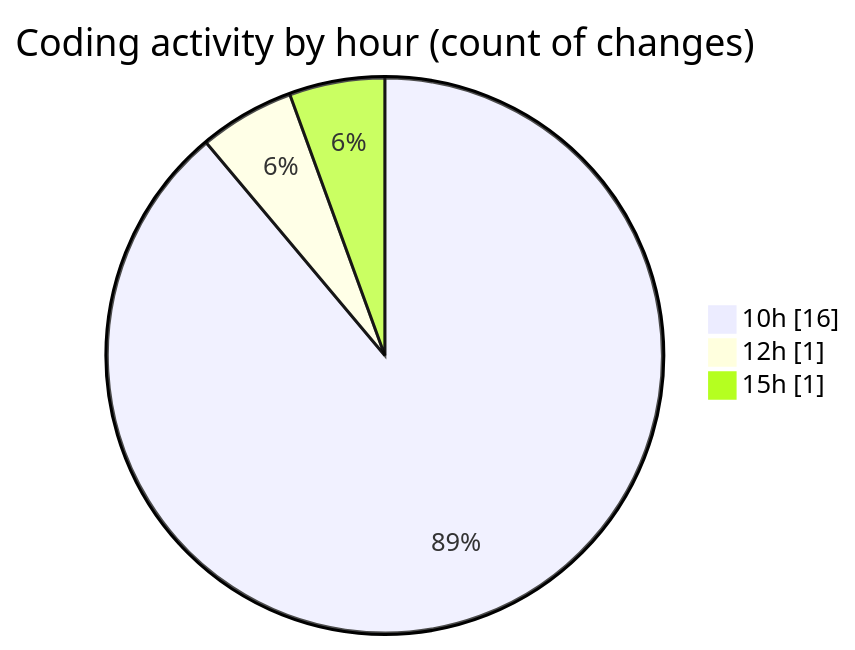
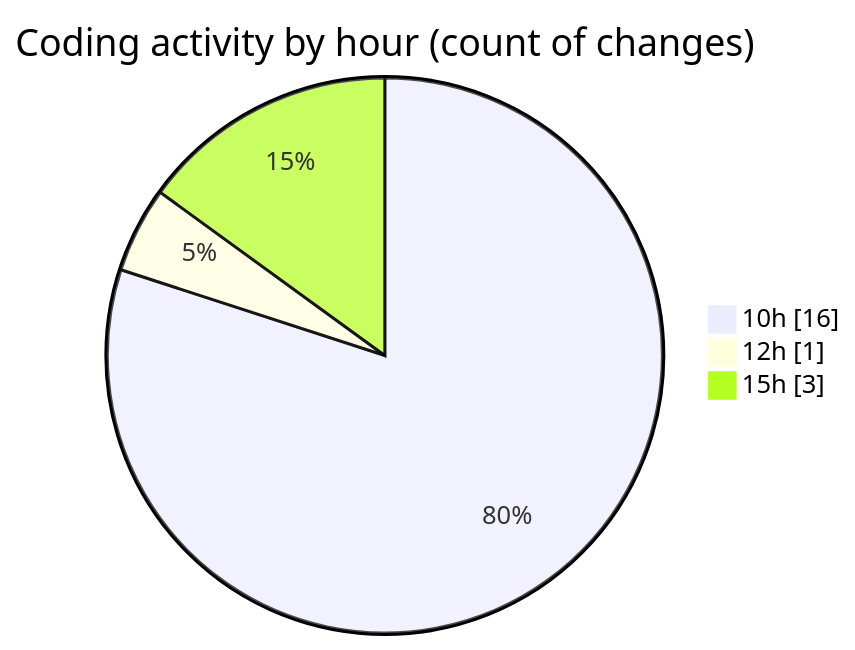
Before and after one commit to nxtqubesakshisongat/code-tracking: the second of 2 diagrams in 2026-05-18/nxtqube_webapp/README.md, drawn with Mermaid. The commit also changed other lines of this file and 1 other file, not shown here.

````diff
--- a/2026-05-18/nxtqube_webapp/README.md
+++ b/2026-05-18/nxtqube_webapp/README.md
@@ -31,7 +31,7 @@
 ```mermaid
 pie showData
 title Coding activity by hour (count of changes)
 "10h" : 16
 "12h" : 1
-"15h" : 1
+"15h" : 3
 ```
````
